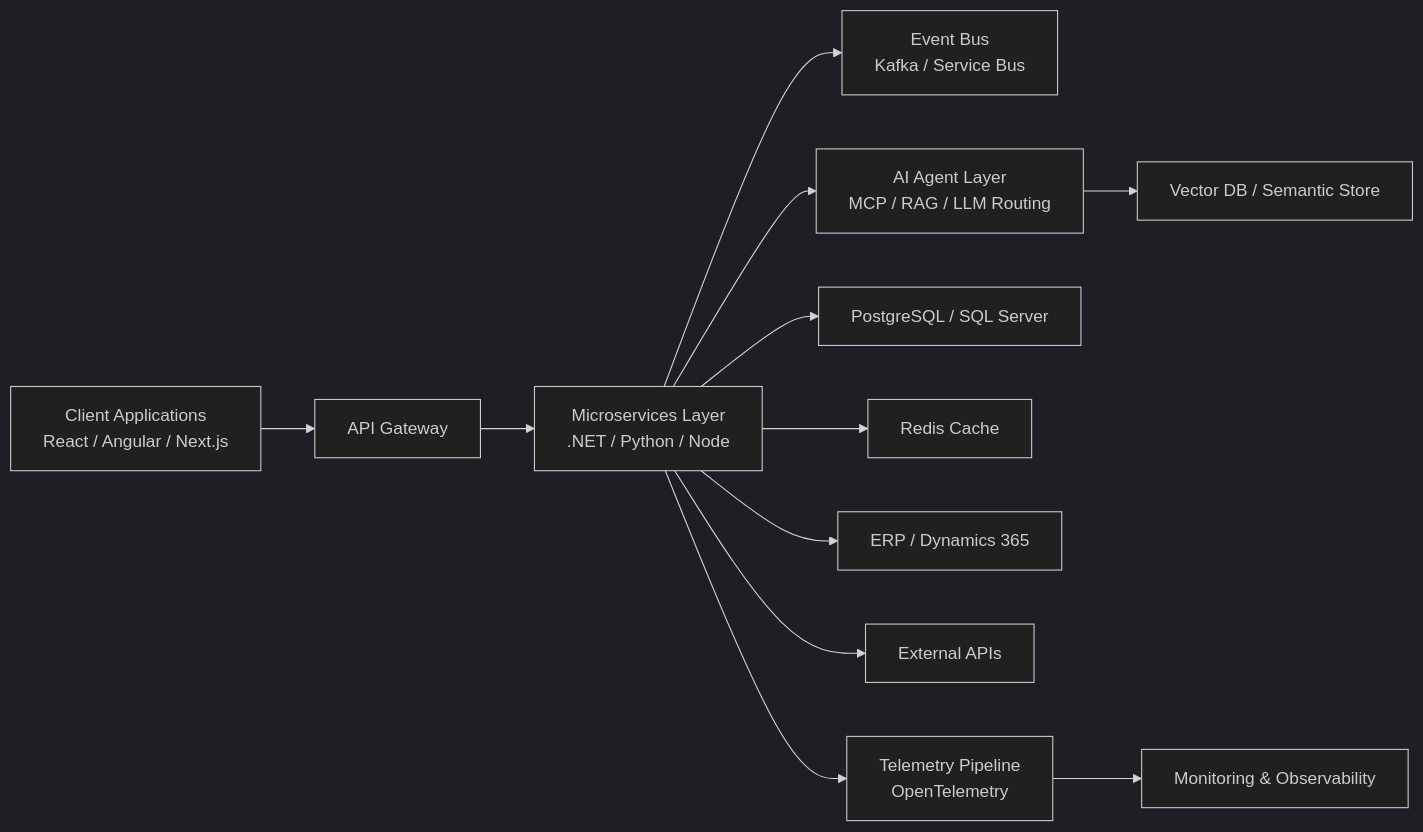
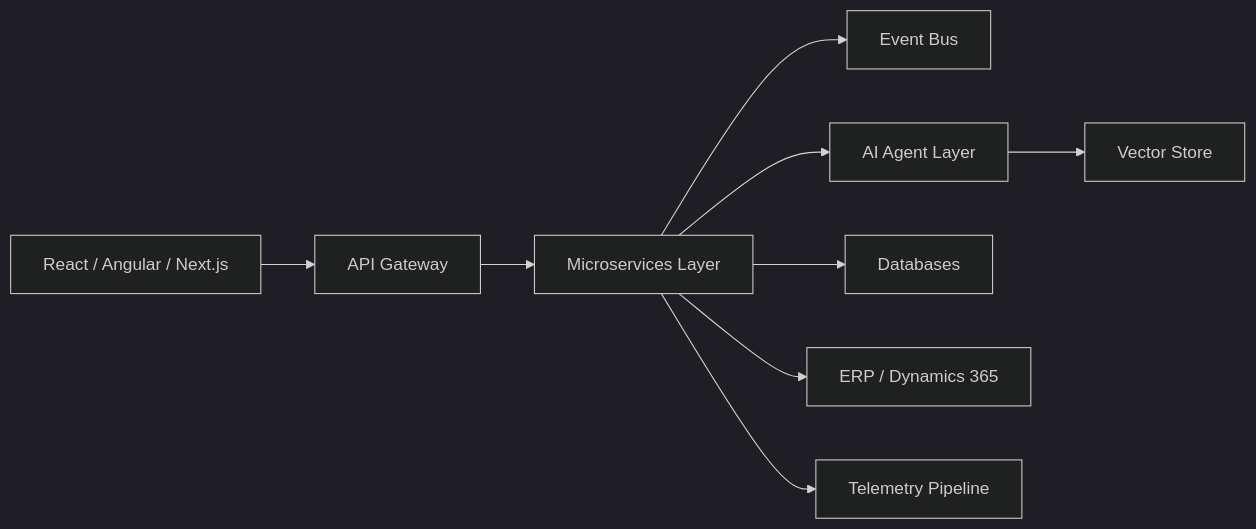
The diagram in profile/README.md (axelliantsoftwareteam/.github), drawn with Mermaid (dark theme) before and after one commit. The commit also changed other lines of this file, not shown here.

````diff
--- a/profile/README.md
+++ b/profile/README.md
@@ -43,14 +130,11 @@
 ```mermaid
 flowchart LR
-    A[Client Applications<br/>React / Angular / Next.js] --> B[API Gateway]
-    B --> C[Microservices Layer<br/>.NET / Python / Node]
-    C --> D[Event Bus<br/>Kafka / Service Bus]
-    C --> E[AI Agent Layer<br/>MCP / RAG / LLM Routing]
-    E --> F[Vector DB / Semantic Store]
-    C --> G[PostgreSQL / SQL Server]
-    C --> H[Redis Cache]
-    C --> I[ERP / Dynamics 365]
-    C --> J[External APIs]
-    C --> K[Telemetry Pipeline<br/>OpenTelemetry]
-    K --> L[Monitoring & Observability]
+    A[React / Angular / Next.js] --> B[API Gateway]
+    B --> C[Microservices Layer]
+    C --> D[Event Bus]
+    C --> E[AI Agent Layer]
+    E --> F[Vector Store]
+    C --> G[Databases]
+    C --> H[ERP / Dynamics 365]
+    C --> I[Telemetry Pipeline]
 ```
````
